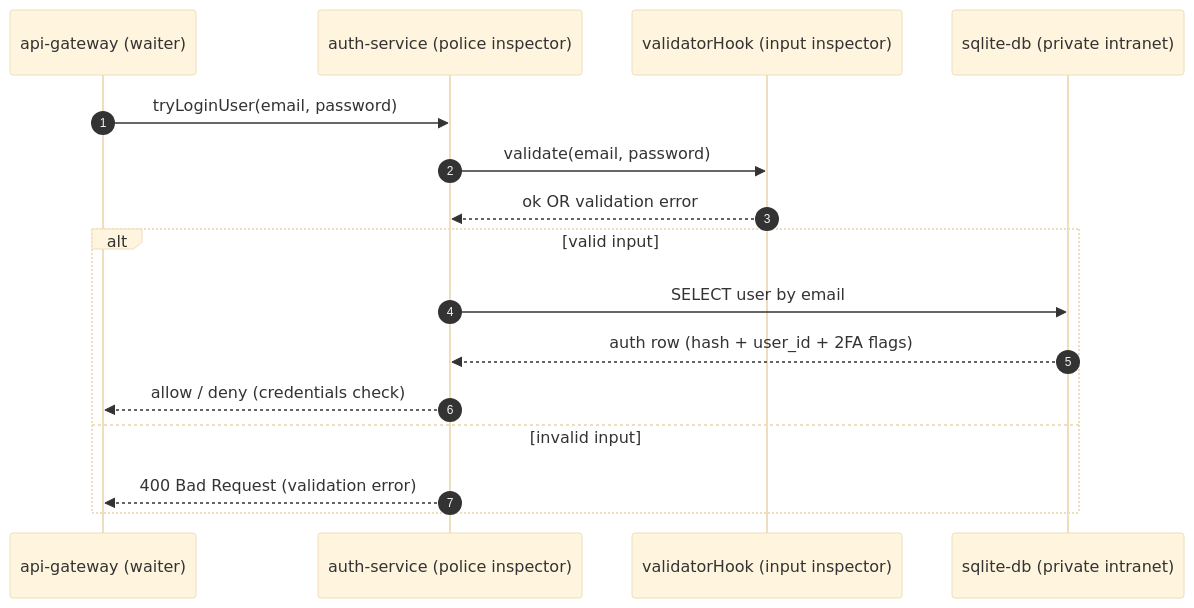
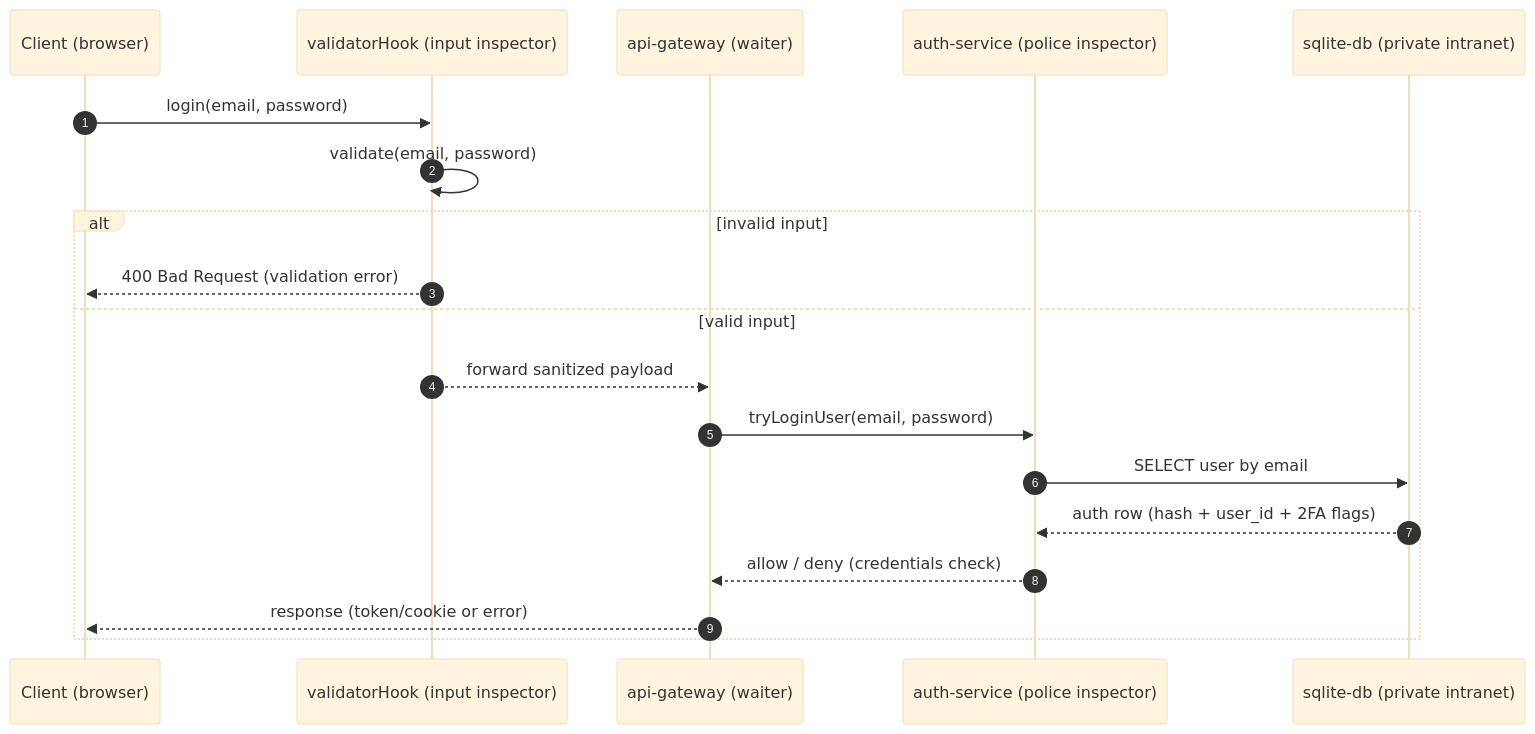
The second of 12 diagrams in final/auth-service/DOCUMENTATION_AUTH_SERVICE.md (oJonasRtz/transcendence), drawn with Mermaid (base theme) before and after one commit.

Commit message:
fix auth-service mermaid

````diff
--- a/final/auth-service/DOCUMENTATION_AUTH_SERVICE.md
+++ b/final/auth-service/DOCUMENTATION_AUTH_SERVICE.md
@@ -69,20 +69,23 @@
 ```mermaid
 sequenceDiagram
   autonumber
+  participant C as Client (browser)
+  participant V as validatorHook (input inspector)
   participant W as api-gateway (waiter)
   participant P as auth-service (police inspector)
-  participant V as validatorHook (input inspector)
   participant DB as sqlite-db (private intranet)
 
-  W->>P: tryLoginUser(email, password)
-  P->>V: validate(email, password)
-  V-->>P: ok OR validation error
+  C->>V: login(email, password)
+  V->>V: validate(email, password)
 
-  alt valid input
+  alt invalid input
+    V-->>C: 400 Bad Request (validation error)
+  else valid input
+    V-->>W: forward sanitized payload
+    W->>P: tryLoginUser(email, password)
     P->>DB: SELECT user by email
     DB-->>P: auth row (hash + user_id + 2FA flags)
     P-->>W: allow / deny (credentials check)
-  else invalid input
-    P-->>W: 400 Bad Request (validation error)
+    W-->>C: response (token/cookie or error)
   end
 ```
````
